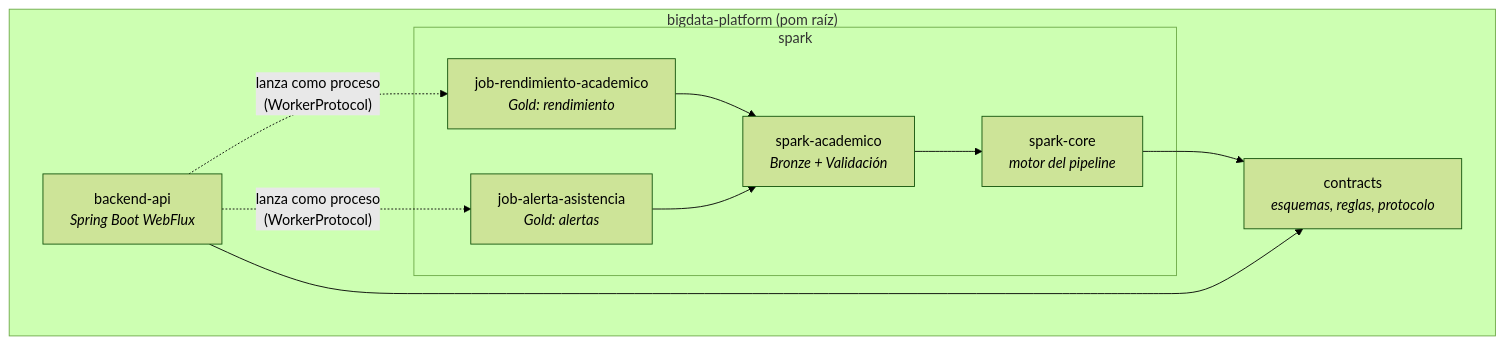
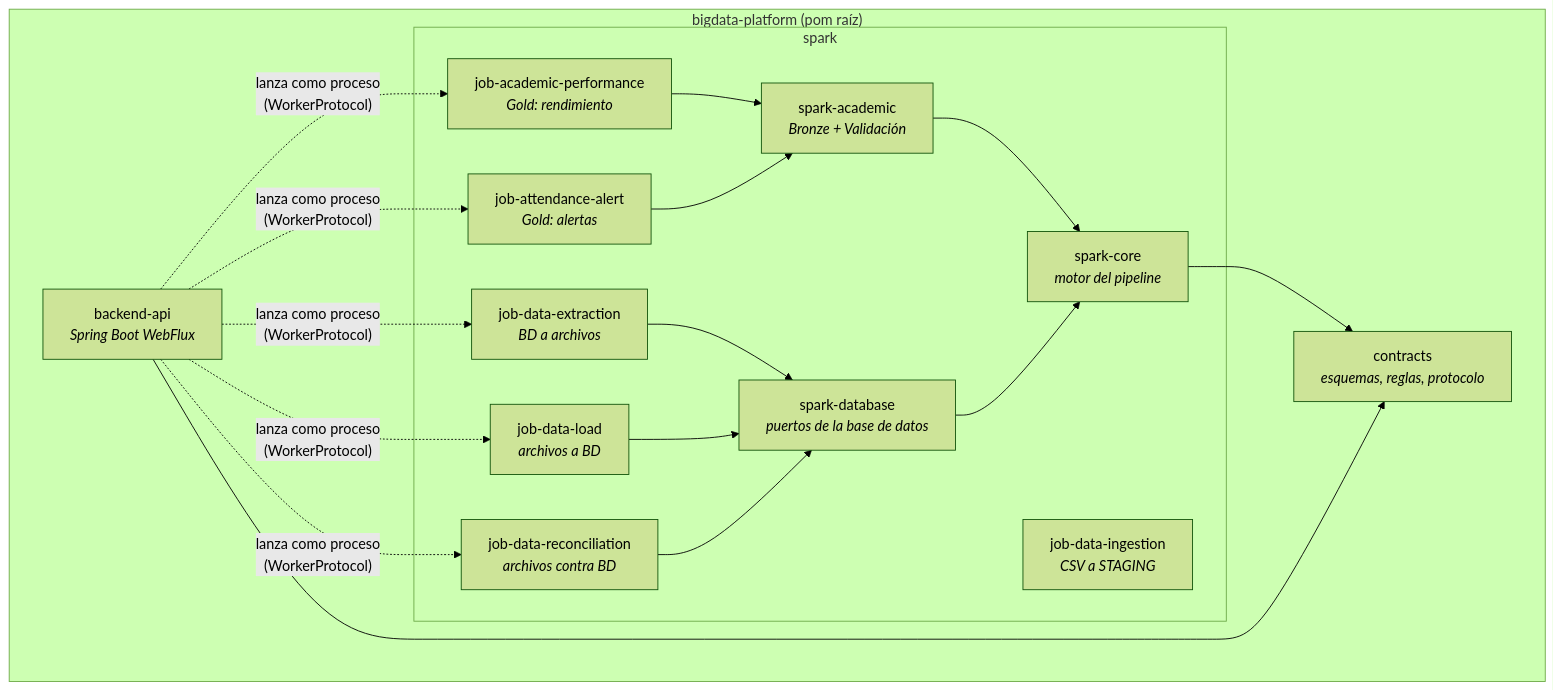
The first of 8 diagrams in README.md (vallegrande/00_IsaelFatama-Bigdata-Spark), drawn with Mermaid (forest theme) before and after one commit. The commit also changed other lines of this file and 202 other files, not shown here.

````diff
--- a/README.md
+++ b/README.md
@@ -75,23 +77,35 @@
 ```mermaid
 flowchart TB
     subgraph platform["bigdata-platform (pom raíz)"]
         contracts["contracts<br/><i>esquemas, reglas, protocolo</i>"]
 
         subgraph spark["spark"]
             core["spark-core<br/><i>motor del pipeline</i>"]
-            academico["spark-academico<br/><i>Bronze + Validación</i>"]
-            jobR["job-rendimiento-academico<br/><i>Gold: rendimiento</i>"]
-            jobA["job-alerta-asistencia<br/><i>Gold: alertas</i>"]
+            academico["spark-academic<br/><i>Bronze + Validación</i>"]
+            jobR["job-academic-performance<br/><i>Gold: rendimiento</i>"]
+            jobA["job-attendance-alert<br/><i>Gold: alertas</i>"]
+            database["spark-database<br/><i>puertos de la base de datos</i>"]
+            jobI["job-data-ingestion<br/><i>CSV a STAGING</i>"]
+            jobE["job-data-extraction<br/><i>BD a archivos</i>"]
+            jobC["job-data-load<br/><i>archivos a BD</i>"]
+            jobK["job-data-reconciliation<br/><i>archivos contra BD</i>"]
         end
 
         api["backend-api<br/><i>Spring Boot WebFlux</i>"]
     end
 
     core --> contracts
     academico --> core
     jobR --> academico
     jobA --> academico
+    database --> core
+    jobE --> database
+    jobC --> database
+    jobK --> database
     api --> contracts
     api -. "lanza como proceso<br/>(WorkerProtocol)" .-> jobR
     api -. "lanza como proceso<br/>(WorkerProtocol)" .-> jobA
+    api -. "lanza como proceso<br/>(WorkerProtocol)" .-> jobE
+    api -. "lanza como proceso<br/>(WorkerProtocol)" .-> jobC
+    api -. "lanza como proceso<br/>(WorkerProtocol)" .-> jobK
 ```
````
